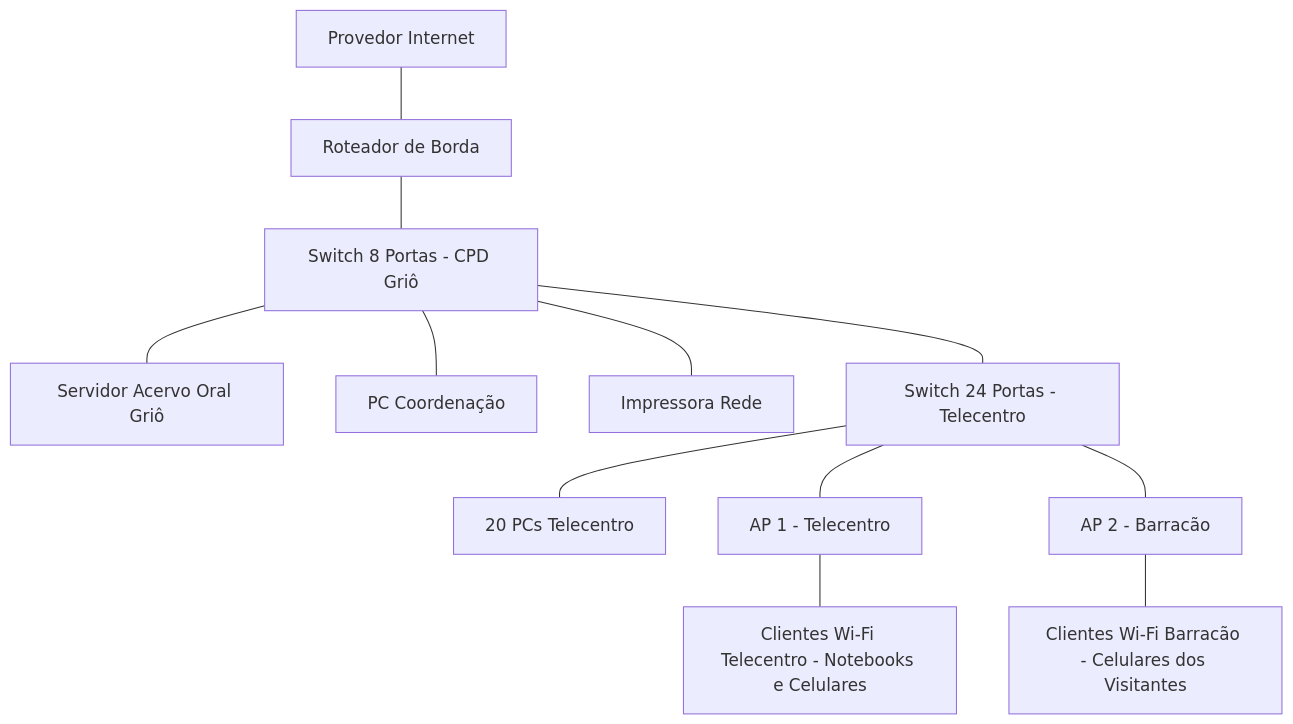
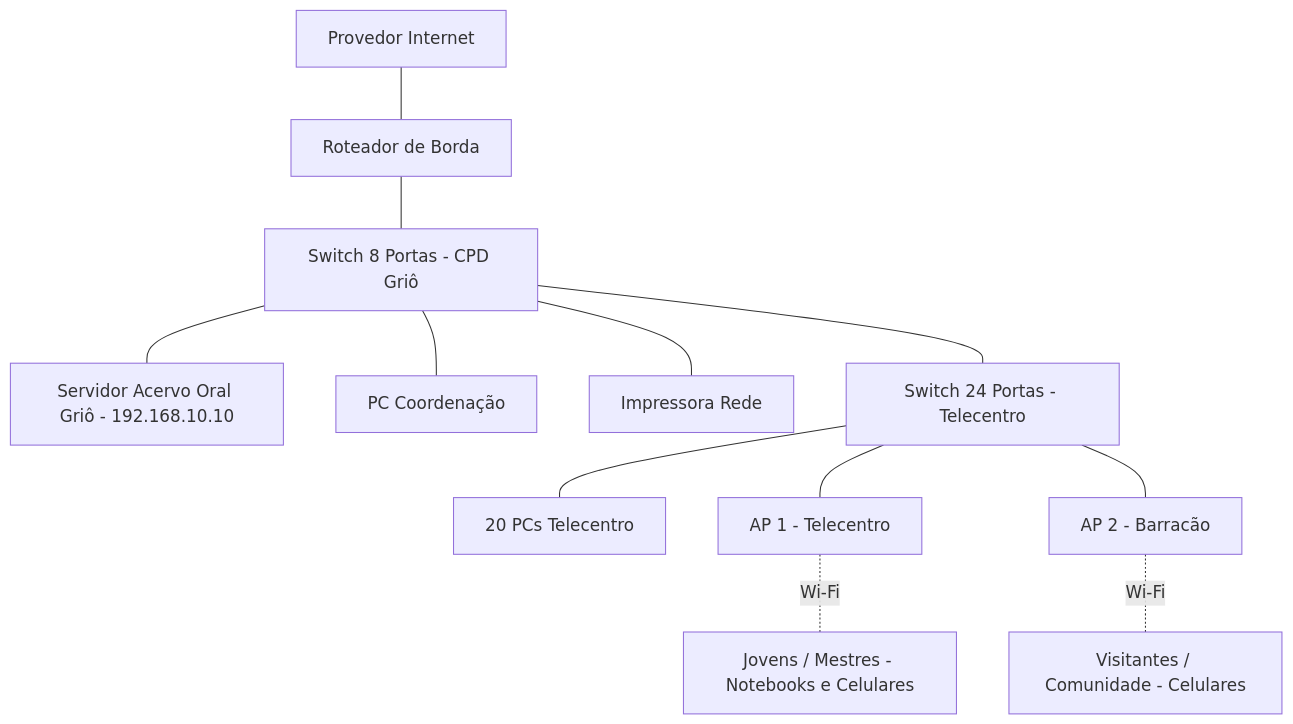
The diagram in README.md (mar1a710/Entrega-do-projeto-inicial-da-rede-), drawn with Mermaid before and after one commit. The commit also changed other lines of this file, not shown here.

````diff
--- a/README.md
+++ b/README.md
@@ -96,14 +103,14 @@
 ```mermaid
 flowchart TD
     ISP["Provedor Internet"] --- ROUTER["Roteador de Borda"]
     ROUTER --- SW8["Switch 8 Portas - CPD Griô"]
-    SW8 --- SRV["Servidor Acervo Oral Griô"]
+    SW8 --- SRV["Servidor Acervo Oral Griô - 192.168.10.10"]
     SW8 --- PCADM["PC Coordenação"]
     SW8 --- IMP["Impressora Rede"]
     SW8 --- SW24["Switch 24 Portas - Telecentro"]
     SW24 --- PCS["20 PCs Telecentro"]
     SW24 --- AP1["AP 1 - Telecentro"]
     SW24 --- AP2["AP 2 - Barracão"]
-    AP1 --- CLI1["Clientes Wi-Fi Telecentro - Notebooks e Celulares"]
-    AP2 --- CLI2["Clientes Wi-Fi Barracão - Celulares dos Visitantes"]
+    AP1 -. "Wi-Fi" .- WIFI1["Jovens / Mestres - Notebooks e Celulares"]
+    AP2 -. "Wi-Fi" .- WIFI2["Visitantes / Comunidade - Celulares"]
 ```
````
